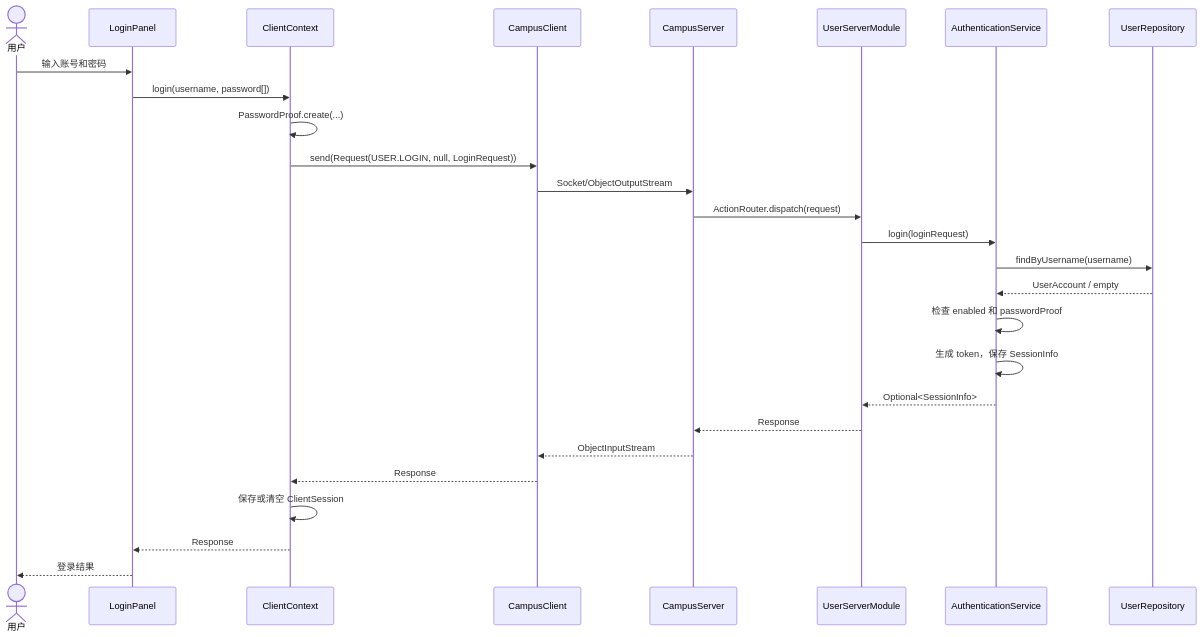
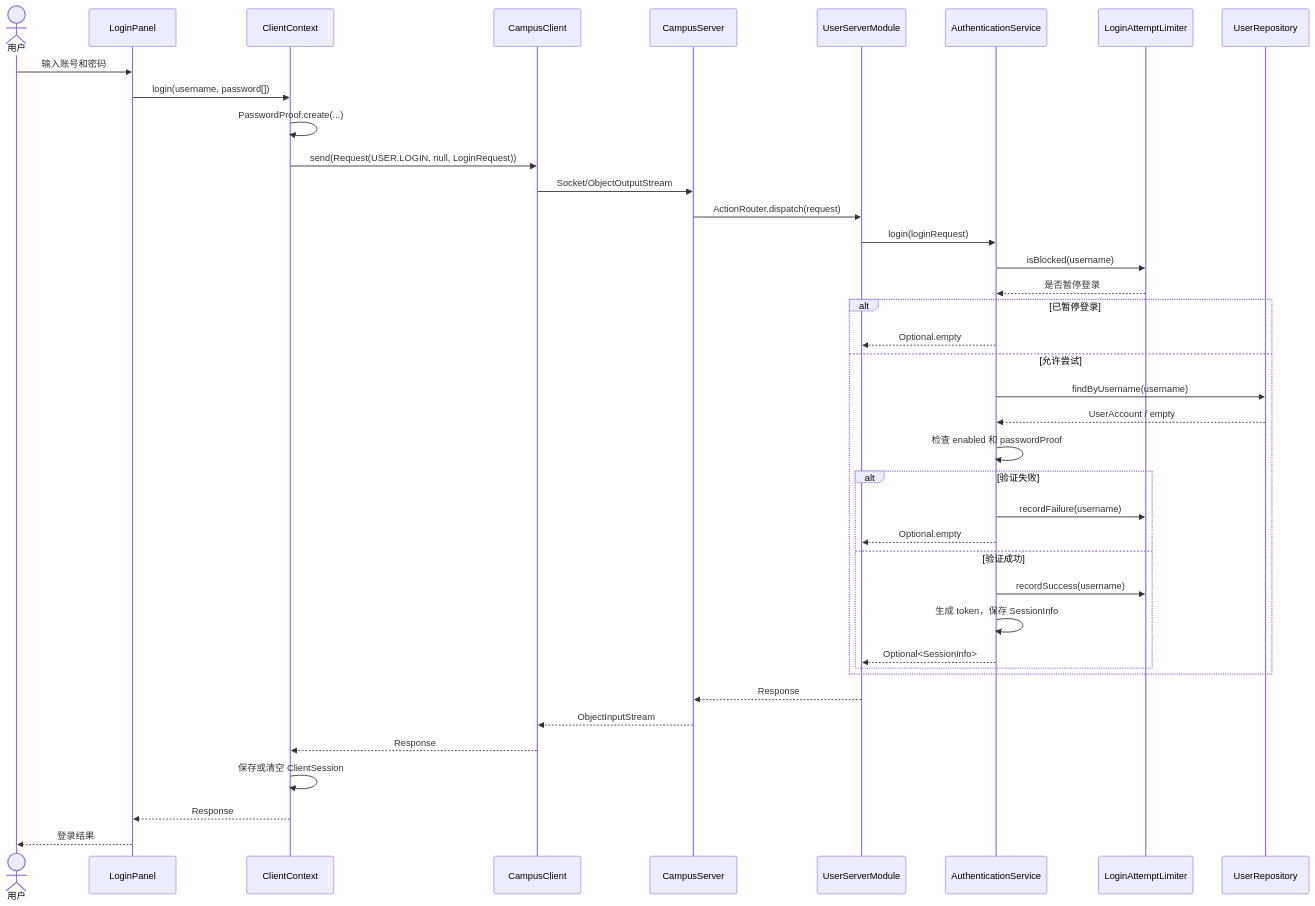
One commit to qlaxyy/JAVA-Campus-software changed the third of 6 diagrams in docs/design/SOFTWARE_DESIGN_SPECIFICATION.md. Above: the diagram before and after it, drawn with Mermaid. The commit also changed other lines of this file and 5 other files, not shown here.

Commit message:
feat(user): limit repeated login failures

````diff
--- a/docs/design/SOFTWARE_DESIGN_SPECIFICATION.md
+++ b/docs/design/SOFTWARE_DESIGN_SPECIFICATION.md
@@ -295,30 +297,43 @@
 ```mermaid
 sequenceDiagram
     actor User as 用户
     participant UI as LoginPanel
     participant CC as ClientContext
     participant NC as CampusClient
     participant CS as CampusServer
     participant UM as UserServerModule
     participant AS as AuthenticationService
+    participant AL as LoginAttemptLimiter
     participant UR as UserRepository
 
     User->>UI: 输入账号和密码
     UI->>CC: login(username, password[])
     CC->>CC: PasswordProof.create(...)
     CC->>NC: send(Request(USER.LOGIN, null, LoginRequest))
     NC->>CS: Socket/ObjectOutputStream
     CS->>UM: ActionRouter.dispatch(request)
     UM->>AS: login(loginRequest)
-    AS->>UR: findByUsername(username)
-    UR-->>AS: UserAccount / empty
-    AS->>AS: 检查 enabled 和 passwordProof
-    AS->>AS: 生成 token，保存 SessionInfo
-    AS-->>UM: Optional<SessionInfo>
+    AS->>AL: isBlocked(username)
+    AL-->>AS: 是否暂停登录
+    alt 已暂停登录
+        AS-->>UM: Optional.empty
+    else 允许尝试
+        AS->>UR: findByUsername(username)
+        UR-->>AS: UserAccount / empty
+        AS->>AS: 检查 enabled 和 passwordProof
+        alt 验证失败
+            AS->>AL: recordFailure(username)
+            AS-->>UM: Optional.empty
+        else 验证成功
+            AS->>AL: recordSuccess(username)
+            AS->>AS: 生成 token，保存 SessionInfo
+            AS-->>UM: Optional<SessionInfo>
+        end
+    end
     UM-->>CS: Response
     CS-->>NC: ObjectInputStream
     NC-->>CC: Response
     CC->>CC: 保存或清空 ClientSession
     CC-->>UI: Response
     UI-->>User: 登录结果
 ```
````
